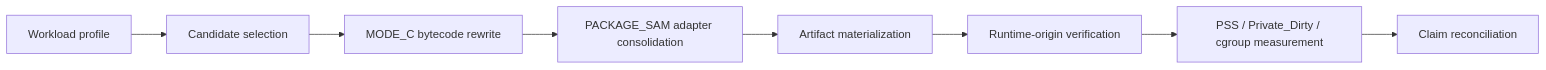
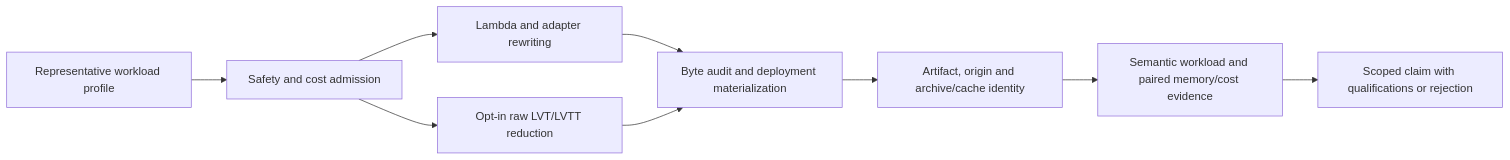
Before and after one commit to AlphaSudo/jmoa-jvm-optimization-portfolio: the diagram in ASSETS/diagrams/jmoa-pipeline.mmd, drawn with Mermaid. The commit also changed 37 other files, not shown here.

```diff
--- a/ASSETS/diagrams/jmoa-pipeline.mmd
+++ b/ASSETS/diagrams/jmoa-pipeline.mmd
@@ -1,8 +1,9 @@
 flowchart LR
-  A["Workload profile"] --> B["Candidate selection"]
-  B --> C["MODE_C bytecode rewrite"]
-  C --> D["PACKAGE_SAM adapter consolidation"]
-  D --> E["Artifact materialization"]
-  E --> F["Runtime-origin verification"]
-  F --> G["PSS / Private_Dirty / cgroup measurement"]
-  G --> H["Claim reconciliation"]
+  A["Representative workload profile"] --> B["Safety and cost admission"]
+  B --> C["Lambda and adapter rewriting"]
+  B --> D["Opt-in raw LVT/LVTT reduction"]
+  C --> E["Byte audit and deployment materialization"]
+  D --> E
+  E --> F["Artifact, origin and archive/cache identity"]
+  F --> G["Semantic workload and paired memory/cost evidence"]
+  G --> H["Scoped claim with qualifications or rejection"]
```
